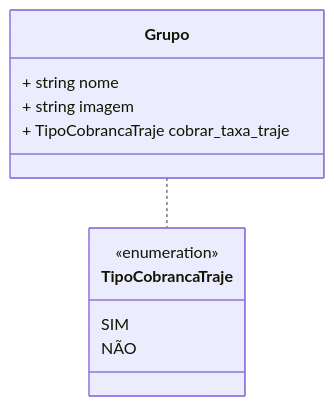
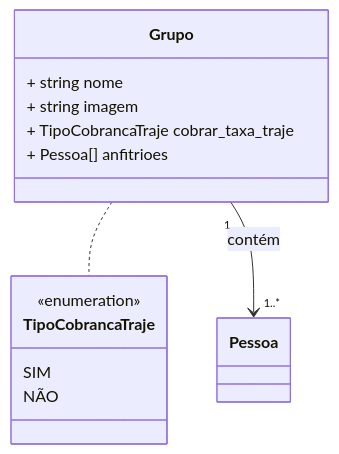
One commit to guionardo/planetapeia-desfiles changed the second of 5 diagrams in README.md. Above: the diagram before and after it, drawn with Mermaid. The commit also changed other lines of this file, not shown here.

````diff
--- a/README.md
+++ b/README.md
@@ -32,16 +32,18 @@
 ```mermaid
 classDiagram
 class Grupo {
     + string nome
     + string imagem
     + TipoCobrancaTraje cobrar_taxa_traje
+    + Pessoa[] anfitrioes
 }
 
 class TipoCobrancaTraje {
     <<enumeration>>
     SIM
     NÃO
 }
 
 Grupo .. TipoCobrancaTraje
+Grupo "1" --> "1..*" Pessoa: contém
 ```
````
